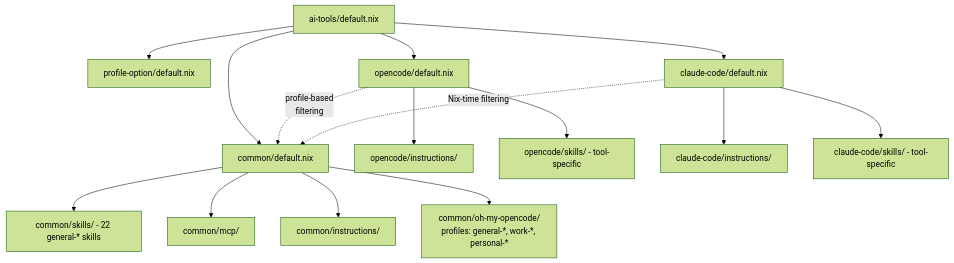
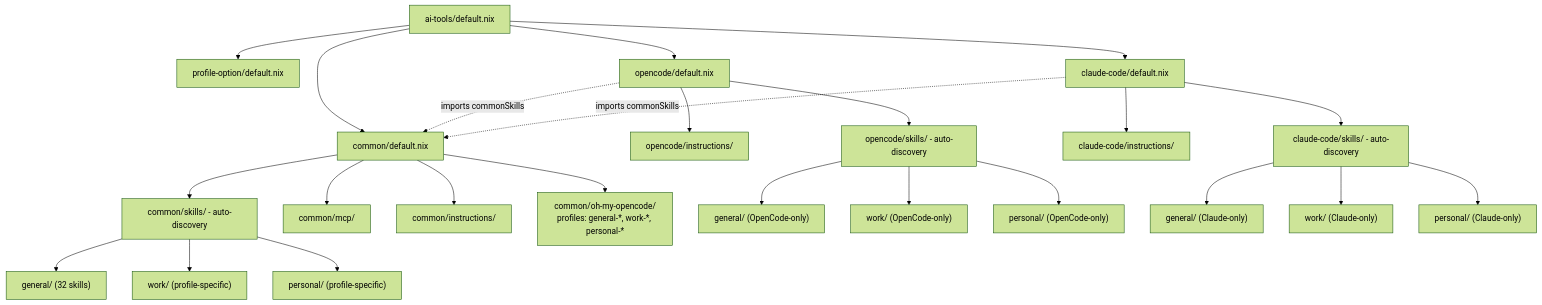
The diagram in modules/home-manager/features/ai-tools/README.md (zhongjis/nix-config), drawn with Mermaid (forest theme) before and after one commit. The commit also changed other lines of this file and 9 other files, not shown here.

First line of the commit message:
ai-tools: migrate tool-specific skills to directory-based auto-discovery

````diff
--- a/modules/home-manager/features/ai-tools/README.md
+++ b/modules/home-manager/features/ai-tools/README.md
@@ -45,20 +57,29 @@
 ```mermaid
 graph TD
     Root[ai-tools/default.nix] --> ProfileOpt[profile-option/default.nix]
     Root --> Common[common/default.nix]
     Root --> Opencode[opencode/default.nix]
     Root --> ClaudeCode[claude-code/default.nix]
 
-    Common --> Skills[common/skills/ - 22 general-* skills]
+    Common --> Skills[common/skills/ - auto-discovery]
+    Skills --> SkillsGen["general/ (32 skills)"]
+    Skills --> SkillsWork["work/ (profile-specific)"]
+    Skills --> SkillsPersonal["personal/ (profile-specific)"]
     Common --> MCP[common/mcp/]
     Common --> Instructions[common/instructions/]
     Common --> OhMyOpencode["common/oh-my-opencode/<br/>profiles: general-*, work-*, personal-*"]
     
-    Opencode -.->|profile-based<br/>filtering| Common
+    Opencode -.->|imports commonSkills| Common
     Opencode --> OpencodeInst[opencode/instructions/]
-    Opencode --> OpencodeSkills[opencode/skills/ - tool-specific]
+    Opencode --> OpencodeSkills[opencode/skills/ - auto-discovery]
+    OpencodeSkills --> OCSGen["general/ (OpenCode-only)"]
+    OpencodeSkills --> OCSWork["work/ (OpenCode-only)"]
+    OpencodeSkills --> OCSPersonal["personal/ (OpenCode-only)"]
     
-    ClaudeCode -.->|Nix-time filtering| Common
+    ClaudeCode -.->|imports commonSkills| Common
     ClaudeCode --> ClaudeCodeInst[claude-code/instructions/]
-    ClaudeCode --> ClaudeCodeSkills[claude-code/skills/ - tool-specific]
+    ClaudeCode --> ClaudeCodeSkills[claude-code/skills/ - auto-discovery]
+    ClaudeCodeSkills --> CCSGen["general/ (Claude-only)"]
+    ClaudeCodeSkills --> CCSWork["work/ (Claude-only)"]
+    ClaudeCodeSkills --> CCSPersonal["personal/ (Claude-only)"]
 ```
````
